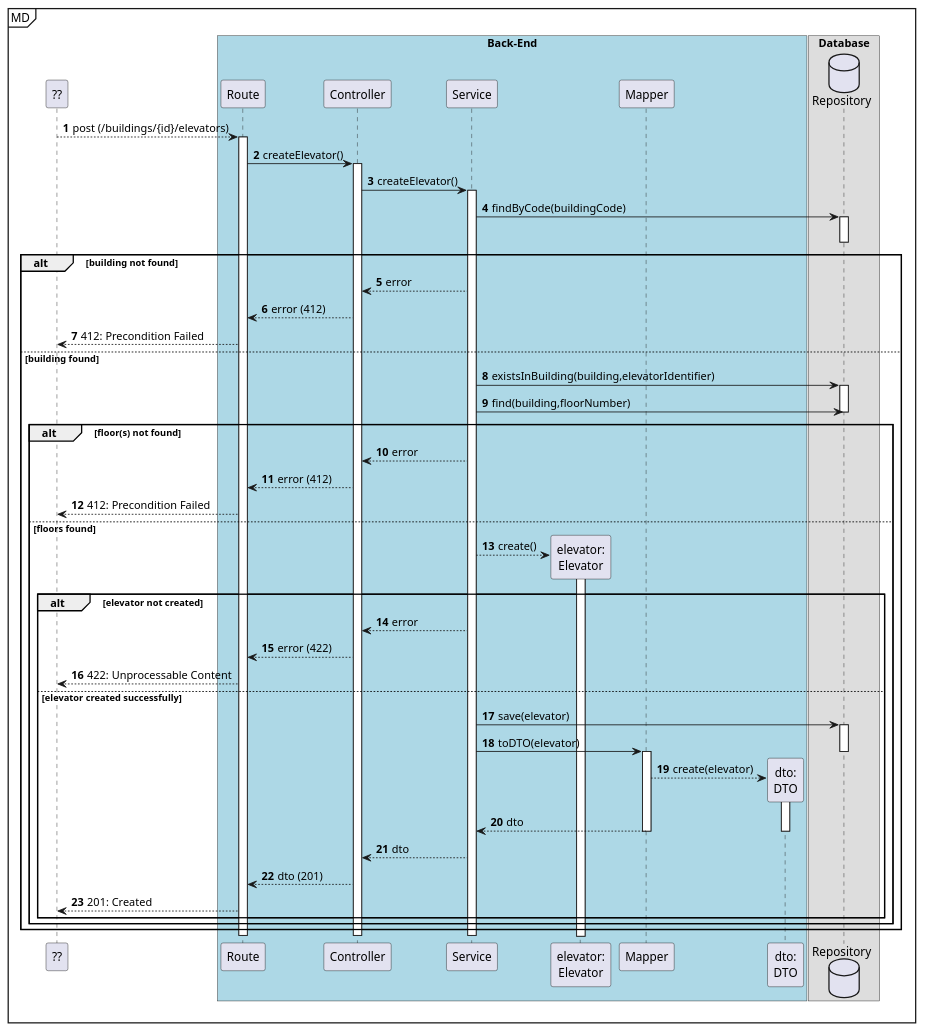
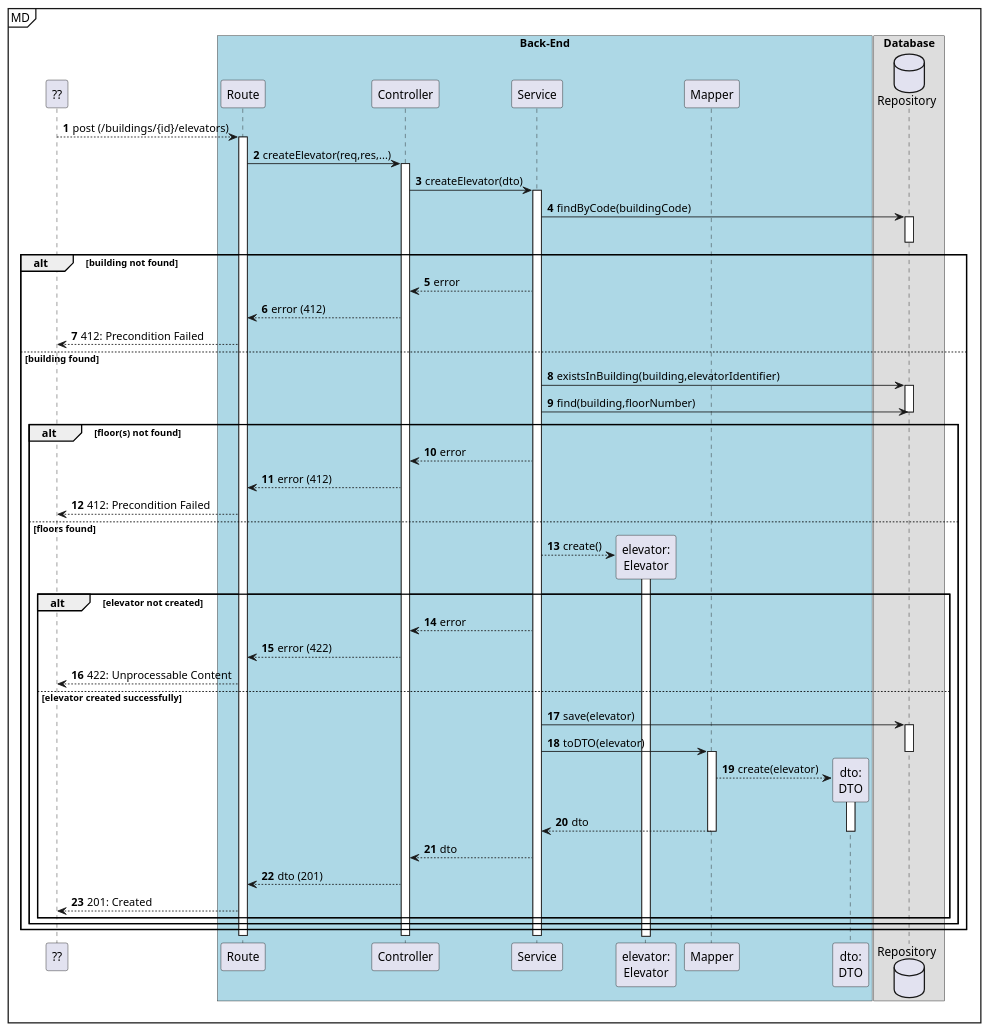
The diagram in docs/us270/level3/process-view.puml (Departamento-de-Engenharia-Informatica/lapr5-23-24-g19), drawn with PlantUML before and after one commit. The commit also changed 36 other files, not shown here.

```diff
--- a/docs/us270/level3/process-view.puml
+++ b/docs/us270/level3/process-view.puml
@@ -1,81 +1,81 @@
 @startuml
 autonumber
 
 participant "??" as ui
 
 mainframe MD
 box "Back-End" #LightBlue
 participant "Route" as r
 participant "Controller" as ctrl
 participant "Service" as svc
 
 participant "elevator:\nElevator" as elevator
 participant "Mapper" as map
 participant "dto:\nDTO" as dto
 end box
 
 box "Database"
 database "Repository" as repo
 end box
 
 ui --> r: post (/buildings/{id}/elevators)
     activate r
-        r -> ctrl : createElevator()
+        r -> ctrl : createElevator(req,res,...)
         activate ctrl
-            ctrl -> svc : createElevator()
+            ctrl -> svc : createElevator(dto)
             activate svc
                 svc -> repo : findByCode(buildingCode)
                 activate repo
                 deactivate repo
 
                 alt building not found
                     svc --> ctrl : error
                     ctrl --> r : error (412)
                     r --> ui : 412: Precondition Failed
                 else building found
                     svc -> repo: existsInBuilding(building,elevatorIdentifier)
 
                     activate repo
                         svc -> repo: find(building,floorNumber)
                     deactivate repo
 
                     alt floor(s) not found
                         svc --> ctrl : error
                         ctrl --> r : error (412)
                         r --> ui : 412: Precondition Failed
                     else floors found
                         svc --> elevator** : create()
 
                         activate elevator
                         deactivate elevator
 
                         alt elevator not created
                             svc --> ctrl : error
                             ctrl --> r : error (422)
                             r --> ui : 422: Unprocessable Content
 
                         else elevator created successfully
                             svc -> repo : save(elevator)
 
                             activate repo
                                 svc -> map : toDTO(elevator)
                             deactivate repo
 
                             activate map
                                 map --> dto** : create(elevator)
                                 activate dto
                                     map --> svc : dto
                                 deactivate dto
                             deactivate map
 
                             svc --> ctrl : dto
                             ctrl --> r : dto (201)
                             r --> ui : 201: Created
                         end
                     end
                 end
             deactivate svc
         deactivate ctrl
     deactivate r
 
 @enduml
```
